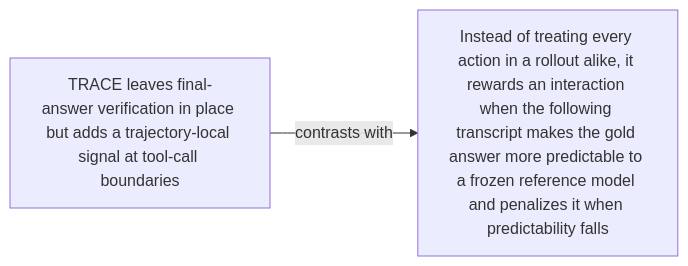
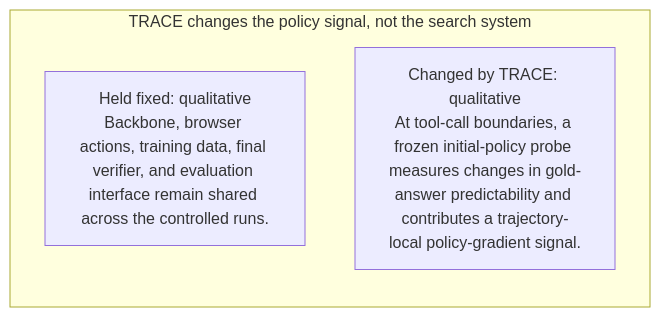
One commit to Betancourt1/paper_atlas changed the seventh of 48 diagrams in docs/visual-manifests/VISUAL_MANIFEST_TRACE.md. Above: the diagram before and after it, drawn with Mermaid. The commit also changed other lines of this file and 7 other files, not shown here.

````diff
--- a/docs/visual-manifests/VISUAL_MANIFEST_TRACE.md
+++ b/docs/visual-manifests/VISUAL_MANIFEST_TRACE.md
@@ -544,6 +528,7 @@
 ```mermaid
 flowchart LR
-  n1["TRACE leaves final-answer verification in place but adds a trajectory-local signal at tool-call boundaries"]
-  n2["Instead of treating every action in a rollout alike, it rewards an interaction when the following transcript makes the gold answer more predictable to a frozen reference model and penalizes it when predictability falls"]
-  n1 -->|"contrasts with"| n2
+  subgraph p1["TRACE changes the policy signal, not the search system"]
+    p1r1["Held fixed: qualitative<br/>Backbone, browser actions, training data, final verifier, and evaluation interface remain shared across the controlled runs."]
+    p1r2["Changed by TRACE: qualitative<br/>At tool-call boundaries, a frozen initial-policy probe measures changes in gold-answer predictability and contributes a trajectory-local policy-gradient signal."]
+  end
 ```
````
